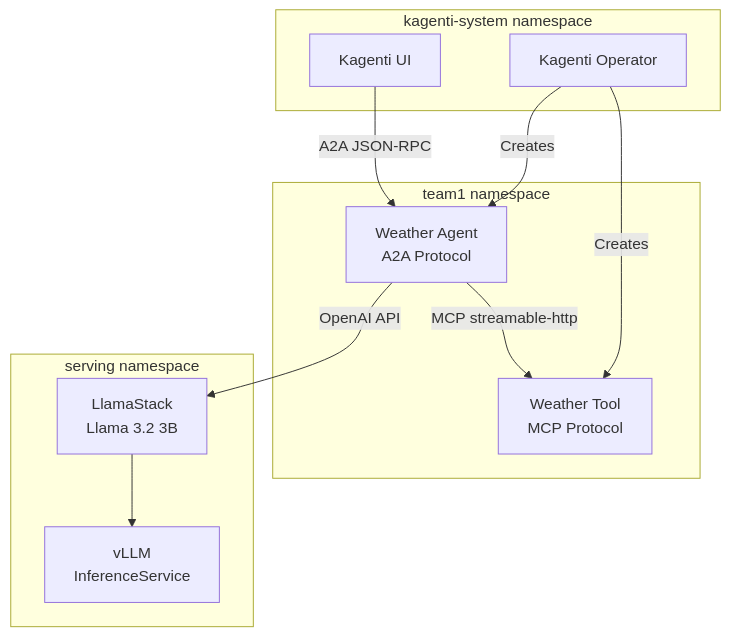
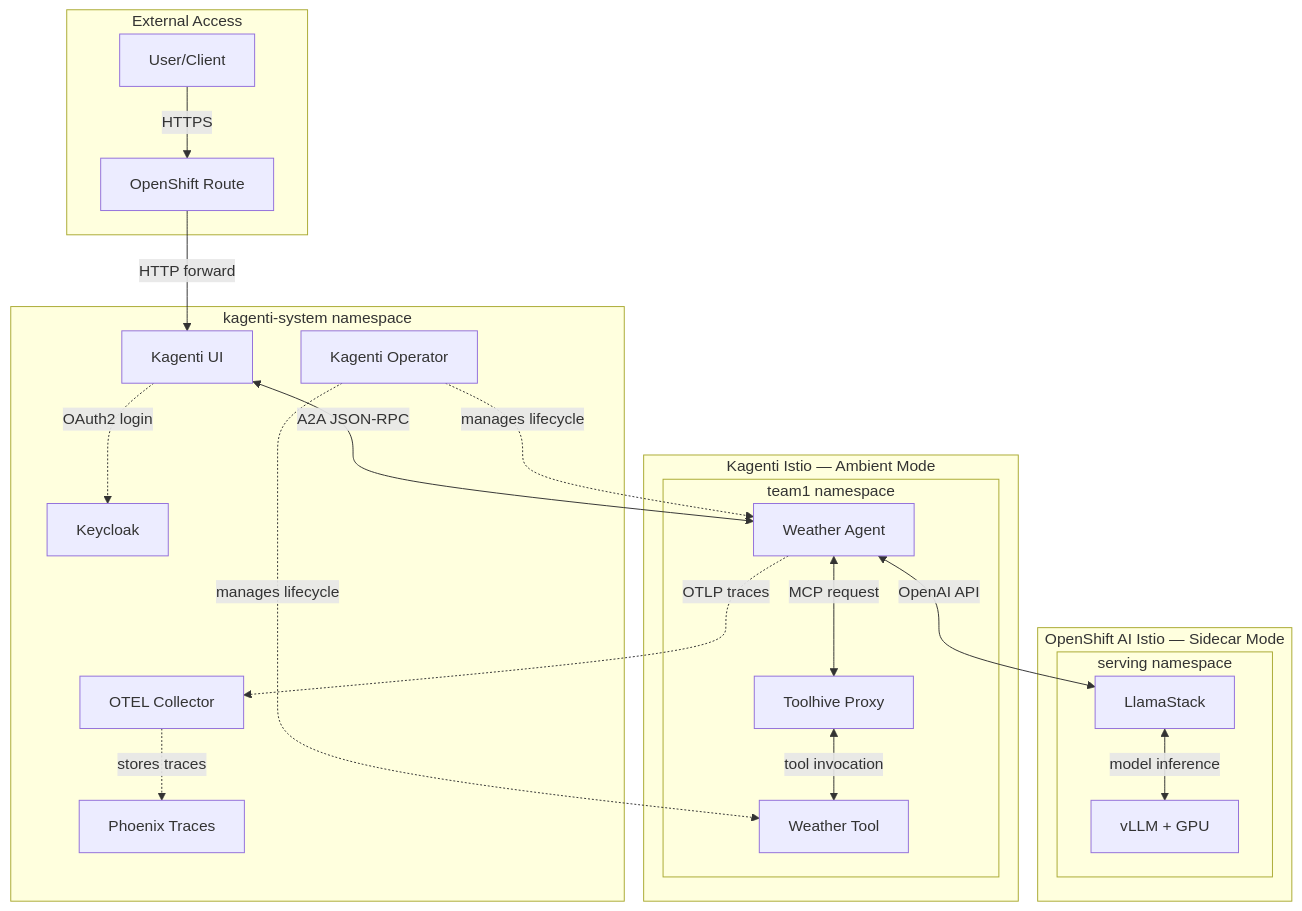
One commit to Ladas/kagenti-llama-demo changed the first of 4 diagrams in kubernetes/kagenti-llamastack-poc-v2/README.md. Above: the diagram before and after it, drawn with Mermaid. The commit also changed other lines of this file and 1 other file, not shown here.

First line of the commit message:
Improve architecture diagrams and documentation

````diff
--- a/kubernetes/kagenti-llamastack-poc-v2/README.md
+++ b/kubernetes/kagenti-llamastack-poc-v2/README.md
@@ -194,24 +215,54 @@
 ```mermaid
 flowchart TB
+    subgraph external["External Access"]
+        User[User/Client]
+        Route[OpenShift Route]
+    end
+
     subgraph kagenti-system["kagenti-system namespace"]
         UI[Kagenti UI]
         Operator[Kagenti Operator]
+        Phoenix[Phoenix Traces]
+        OTel[OTEL Collector]
+        Keycloak[Keycloak]
     end
 
-    subgraph team1["team1 namespace"]
-        Agent[Weather Agent<br/>A2A Protocol]
-        Tool[Weather Tool<br/>MCP Protocol]
+    subgraph ambient["Kagenti Istio — Ambient Mode"]
+        subgraph team1["team1 namespace"]
+            Agent[Weather Agent]
+            ToolhiveProxy[Toolhive Proxy]
+            Tool[Weather Tool]
+        end
     end
 
-    subgraph serving["serving namespace"]
-        LlamaStack[LlamaStack<br/>Llama 3.2 3B]
-        vLLM[vLLM<br/>InferenceService]
+    subgraph sidecar["OpenShift AI Istio — Sidecar Mode"]
+        subgraph serving["serving namespace"]
+            LlamaStack[LlamaStack]
+            vLLM[vLLM + GPU]
+        end
     end
 
-    UI -->|"A2A JSON-RPC"| Agent
-    Agent -->|"OpenAI API"| LlamaStack
-    LlamaStack --> vLLM
-    Agent -->|"MCP streamable-http"| Tool
-    Operator -->|"Creates"| Agent
-    Operator -->|"Creates"| Tool
+    %% User request flow
+    User -->|"HTTPS"| Route
+    Route -->|"HTTP forward"| UI
+    UI <-->|"A2A JSON-RPC"| Agent
+
+    %% Agent to LLM (cross-mesh via shared CA)
+    Agent <-->|"OpenAI API"| LlamaStack
+    LlamaStack <-->|"model inference"| vLLM
+
+    %% Agent to Tool
+    Agent <-->|"MCP request"| ToolhiveProxy
+    ToolhiveProxy <-->|"tool invocation"| Tool
+
+    %% Management plane
+    Operator -.->|"manages lifecycle"| Agent
+    Operator -.->|"manages lifecycle"| Tool
+
+    %% Observability
+    Agent -.->|"OTLP traces"| OTel
+    OTel -.->|"stores traces"| Phoenix
+
+    %% Authentication
+    UI -.->|"OAuth2 login"| Keycloak
 ```
````
